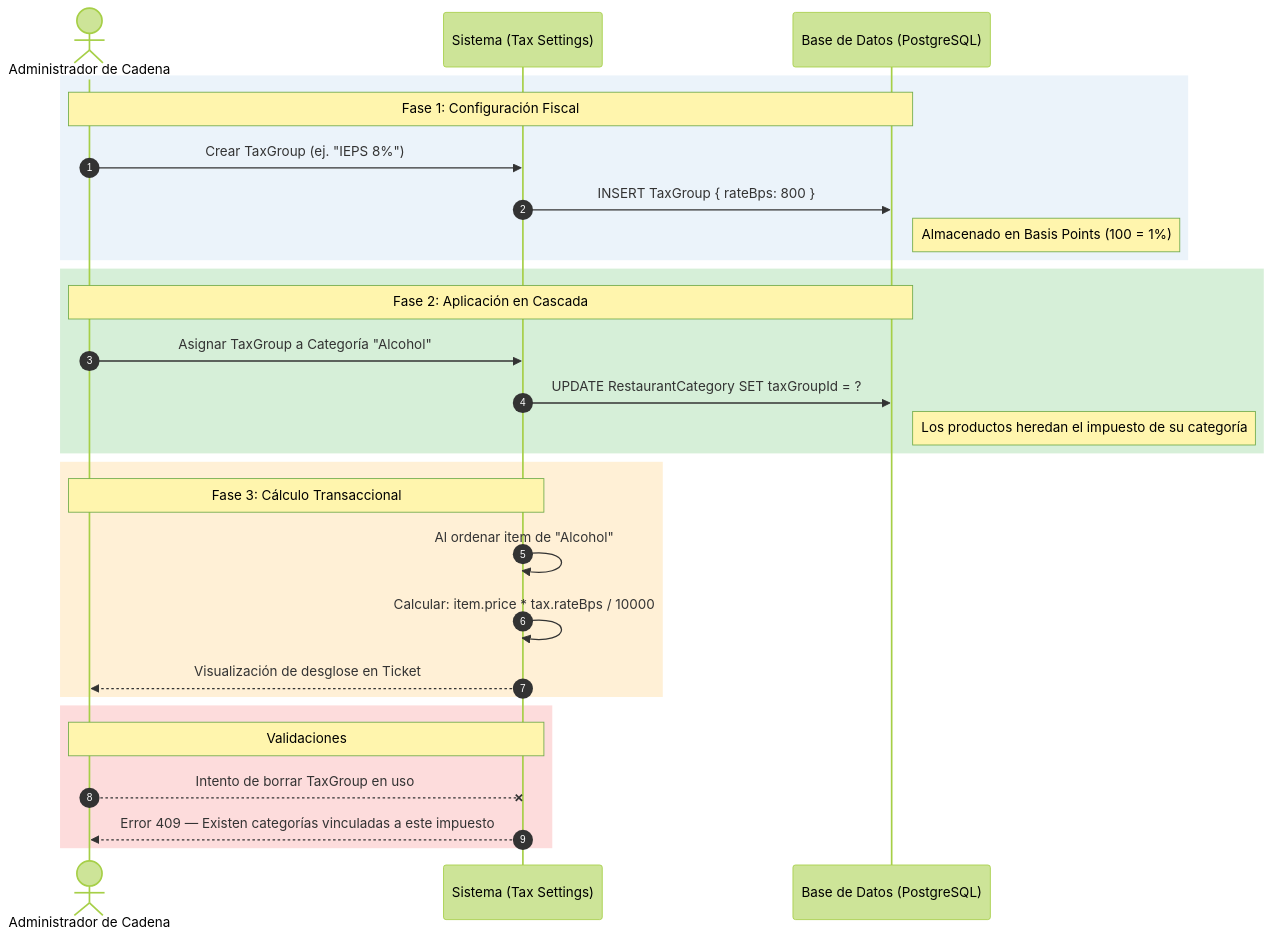
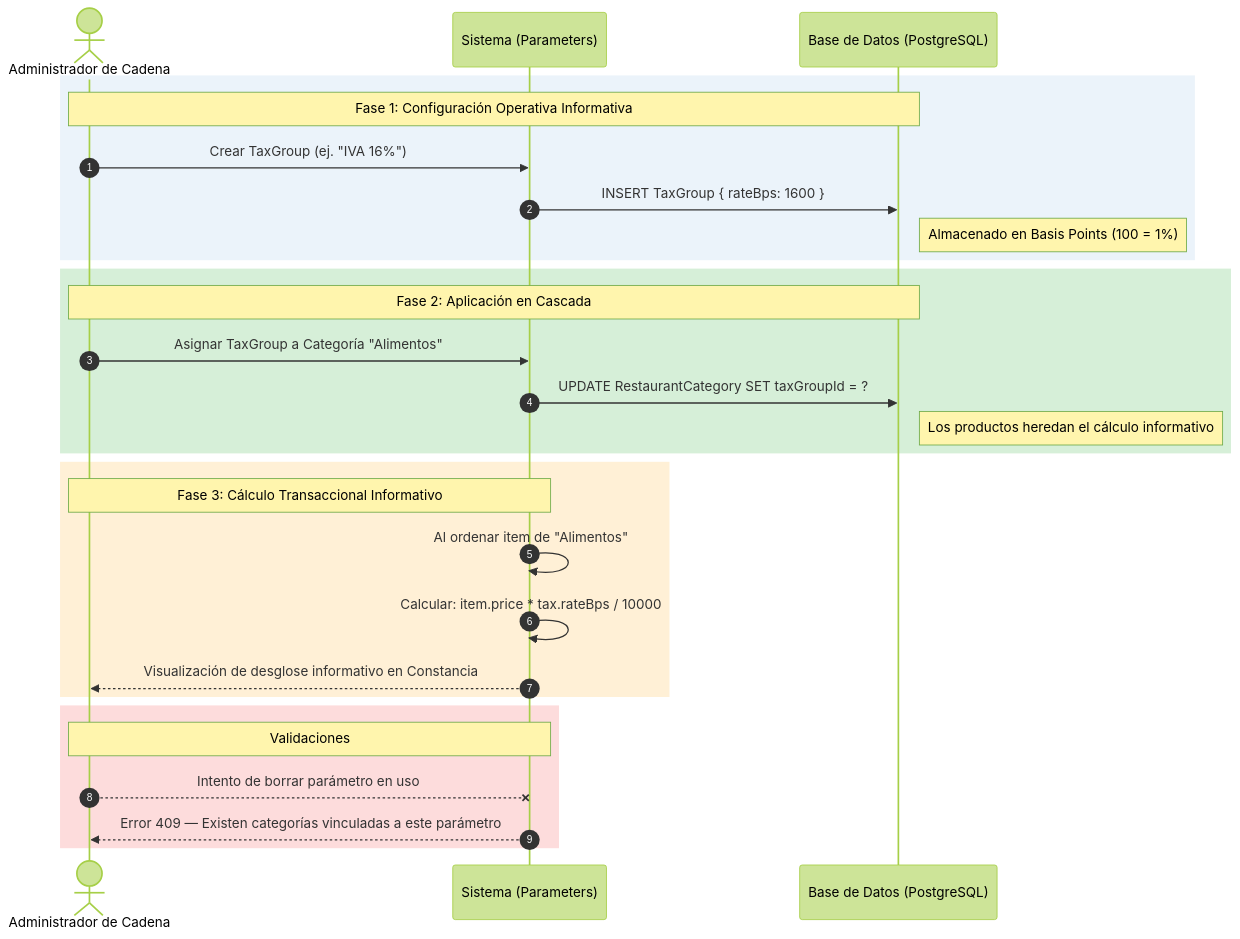
Before and after one commit to dvillagrans/Bouquet: the diagram in docs/_assets/casos_uso/CU_12.mmd, drawn with Mermaid (forest theme). The commit also changed 27 other files, not shown here.

```diff
--- a/docs/_assets/casos_uso/CU_12.mmd
+++ b/docs/_assets/casos_uso/CU_12.mmd
@@ -1,34 +1,34 @@
 sequenceDiagram
     autonumber
     
     %% Color Palette
     actor A as Administrador de Cadena
-    participant S as Sistema (Tax Settings)
+    participant S as Sistema (Parameters)
     participant DB as Base de Datos (PostgreSQL)
 
     rect rgb(235, 243, 250)
-        Note over A,DB: Fase 1: Configuración Fiscal
-        A->>S: Crear TaxGroup (ej. "IEPS 8%")
-        S->>DB: INSERT TaxGroup { rateBps: 800 }
+        Note over A,DB: Fase 1: Configuración Operativa Informativa
+        A->>S: Crear TaxGroup (ej. "IVA 16%")
+        S->>DB: INSERT TaxGroup { rateBps: 1600 }
         Note right of DB: Almacenado en Basis Points (100 = 1%)
     end
 
     rect rgb(214, 239, 216)
         Note over A,DB: Fase 2: Aplicación en Cascada
-        A->>S: Asignar TaxGroup a Categoría "Alcohol"
+        A->>S: Asignar TaxGroup a Categoría "Alimentos"
         S->>DB: UPDATE RestaurantCategory SET taxGroupId = ?
-        Note right of DB: Los productos heredan el impuesto de su categoría
+        Note right of DB: Los productos heredan el cálculo informativo
     end
 
     rect rgb(255, 240, 214)
-        Note over S,A: Fase 3: Cálculo Transaccional
-        S->>S: Al ordenar item de "Alcohol"
+        Note over S,A: Fase 3: Cálculo Transaccional Informativo
+        S->>S: Al ordenar item de "Alimentos"
         S->>S: Calcular: item.price * tax.rateBps / 10000
-        S-->>A: Visualización de desglose en Ticket
+        S-->>A: Visualización de desglose informativo en Constancia
     end
 
     rect rgb(253, 220, 220)
         Note over A,S: Validaciones
-        A--xS: Intento de borrar TaxGroup en uso
-        S-->>A: Error 409 — Existen categorías vinculadas a este impuesto
+        A--xS: Intento de borrar parámetro en uso
+        S-->>A: Error 409 — Existen categorías vinculadas a este parámetro
     end
```
